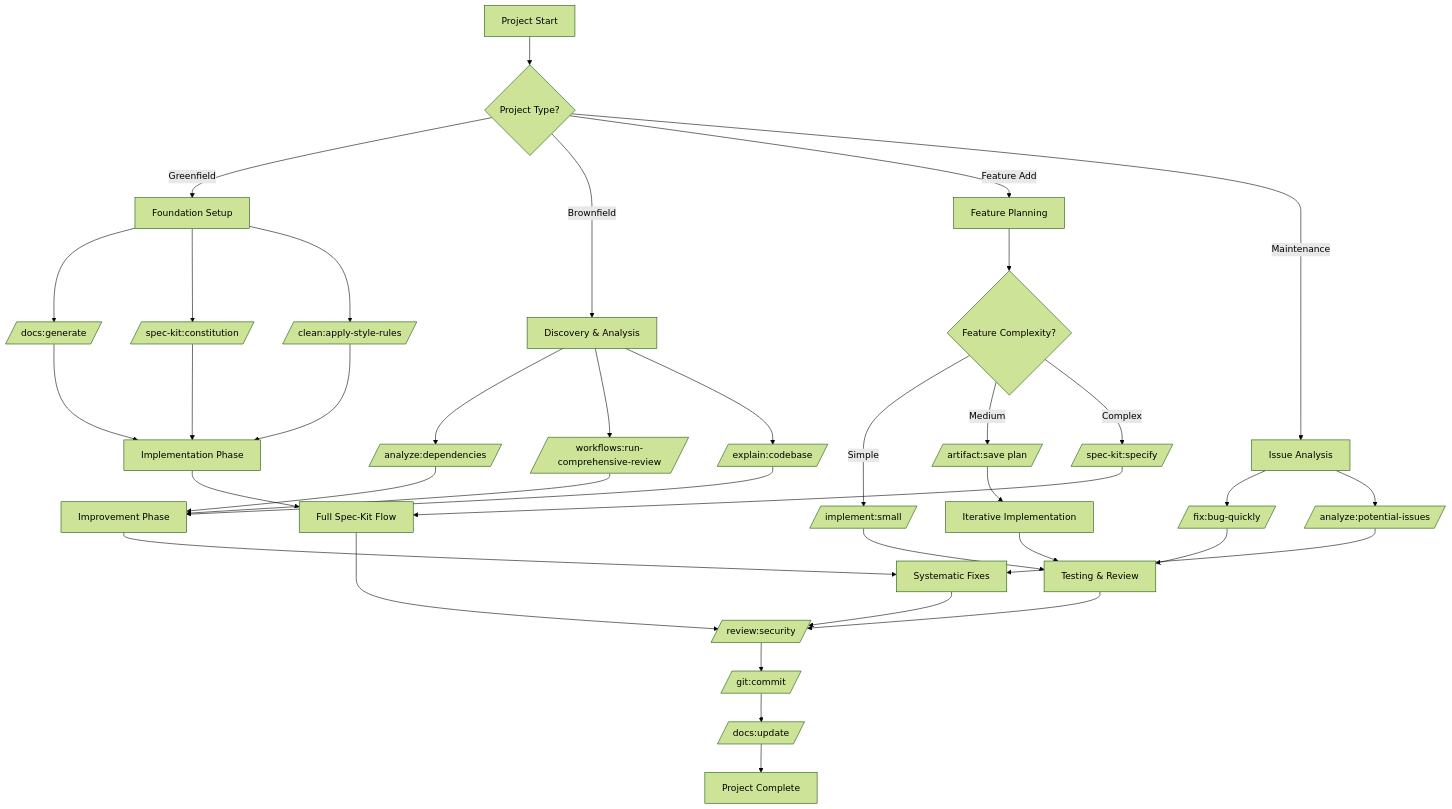
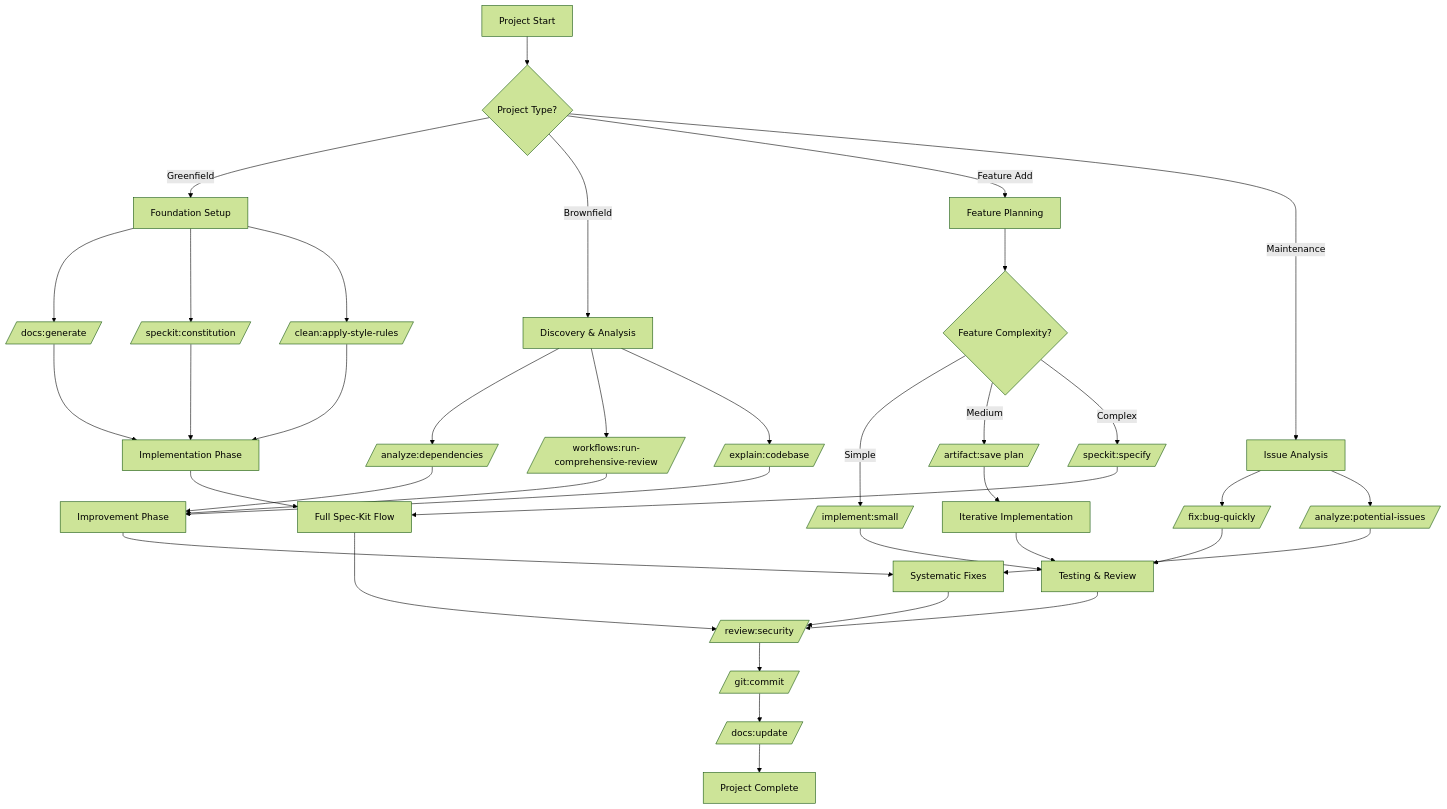
One commit to thomasholknielsen/claude-code-config changed the first of 31 diagrams in docs/developer/developer-workflows.md. Above: the diagram before and after it, drawn with Mermaid (forest theme). The commit also changed other lines of this file and 198 other files, not shown here.

````diff
--- a/docs/developer/developer-workflows.md
+++ b/docs/developer/developer-workflows.md
@@ -95,46 +95,46 @@
 ```mermaid
 graph TD
     A[Project Start] --> B{Project Type?}
     B -->|Greenfield| C[Foundation Setup]
     B -->|Brownfield| D[Discovery & Analysis]
     B -->|Feature Add| E[Feature Planning]
     B -->|Maintenance| F[Issue Analysis]
 
     C --> G[/docs:generate/]
-    C --> H[/spec-kit:constitution/]
+    C --> H[/speckit:constitution/]
     C --> I[/clean:apply-style-rules/]
 
     D --> J[/analyze:dependencies/]
     D --> K[/workflows:run-comprehensive-review/]
     D --> L[/explain:codebase/]
 
     E --> M{Feature Complexity?}
     M -->|Simple| N[/implement:small/]
     M -->|Medium| O[/artifact:save plan/]
-    M -->|Complex| P[/spec-kit:specify/]
+    M -->|Complex| P[/speckit:specify/]
 
     F --> Q[/fix:bug-quickly/]
     F --> R[/analyze:potential-issues/]
 
     G --> S[Implementation Phase]
     H --> S
     I --> S
     J --> T[Improvement Phase]
     K --> T
     L --> T
     N --> U[Testing & Review]
     O --> V[Iterative Implementation]
     P --> W[Full Spec-Kit Flow]
     Q --> U
     R --> X[Systematic Fixes]
 
     S --> W
     T --> X
     V --> U
     W --> Y[/review:security/]
     X --> Y
     U --> Y
     Y --> Z[/git:commit/]
     Z --> AA[/docs:update/]
     AA --> AB[Project Complete]
 ```
````
